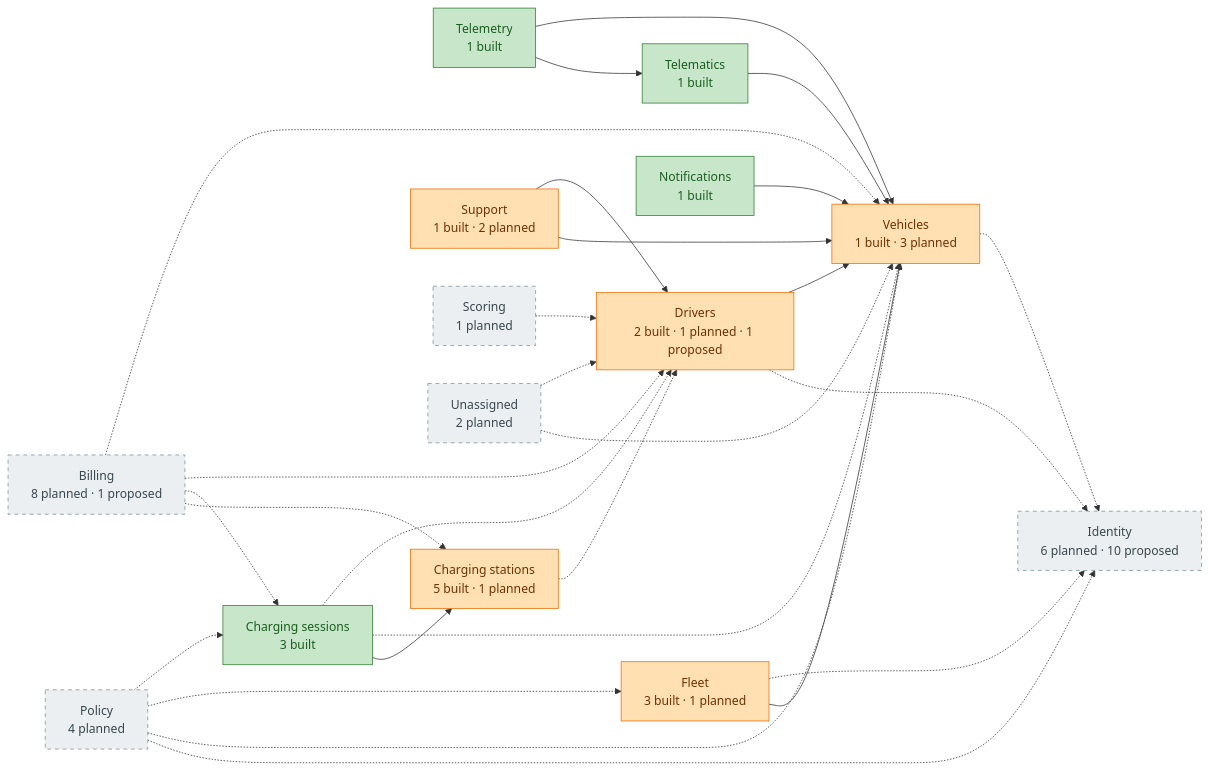
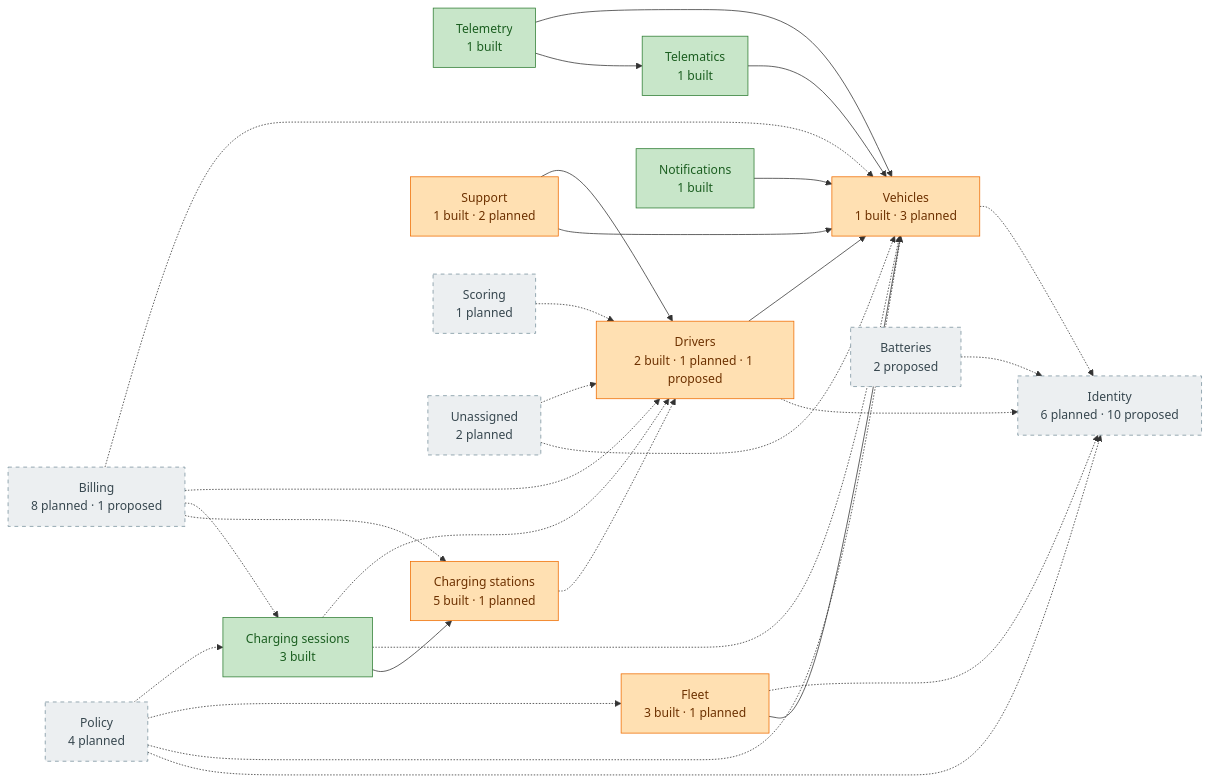
One commit to yolo-coccoc/G3Network-app changed the diagram in docs/design/domain-model/overview.md. Above: the diagram before and after it, drawn with Mermaid. The commit also changed other lines of this file and 18 other files, not shown here.

````diff
--- a/docs/design/domain-model/overview.md
+++ b/docs/design/domain-model/overview.md
@@ -28,46 +28,48 @@
 ```mermaid
 flowchart LR
   identity["Identity<br/>6 planned · 10 proposed"]:::planned
   vehicles["Vehicles<br/>1 built · 3 planned"]:::partial
+  batteries["Batteries<br/>2 proposed"]:::planned
   telematics["Telematics<br/>1 built"]:::built
   telemetry["Telemetry<br/>1 built"]:::built
   drivers["Drivers<br/>2 built · 1 planned · 1 proposed"]:::partial
   fleet["Fleet<br/>3 built · 1 planned"]:::partial
   charging_stations["Charging stations<br/>5 built · 1 planned"]:::partial
   charging_sessions["Charging sessions<br/>3 built"]:::built
   notifications["Notifications<br/>1 built"]:::built
   support["Support<br/>1 built · 2 planned"]:::partial
   policy["Policy<br/>4 planned"]:::planned
   billing["Billing<br/>8 planned · 1 proposed"]:::planned
   scoring["Scoring<br/>1 planned"]:::planned
   unassigned["Unassigned<br/>2 planned"]:::planned
   telematics --> vehicles
   telemetry --> telematics
   telemetry --> vehicles
   drivers -.-> identity
   drivers --> vehicles
   fleet --> vehicles
   fleet -.-> identity
   charging_stations -.-> drivers
   charging_sessions --> charging_stations
   charging_sessions -.-> vehicles
   charging_sessions -.-> drivers
   notifications --> vehicles
   support --> vehicles
   support --> drivers
   policy -.-> identity
   policy -.-> vehicles
   policy -.-> fleet
   policy -.-> charging_sessions
   billing -.-> charging_stations
   billing -.-> charging_sessions
   billing -.-> drivers
   billing -.-> vehicles
   scoring -.-> drivers
   unassigned -.-> vehicles
   unassigned -.-> drivers
   vehicles -.-> identity
+  batteries -.-> identity
   classDef built fill:#C8E6C9,stroke:#2E7D32,color:#1B5E20
   classDef partial fill:#FFE0B2,stroke:#EF6C00,color:#6D3100
   classDef planned fill:#ECEFF1,stroke:#78909C,color:#37474F,stroke-dasharray:5 5
 ```
````
